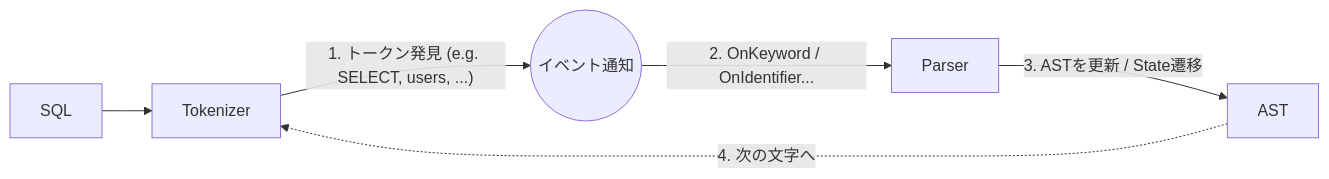
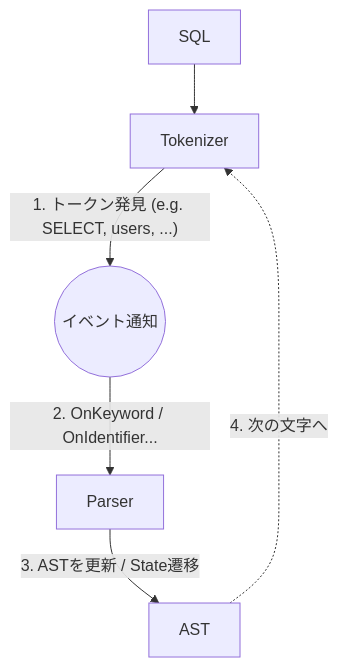
The first of 2 diagrams in docs/architecture/parser/parser.md (ren-yamanashi/minesql), drawn with Mermaid before and after one commit. The commit also changed other lines of this file and 45 other files, not shown here.

````diff
--- a/docs/architecture/parser/parser.md
+++ b/docs/architecture/parser/parser.md
@@ -12,15 +12,15 @@
 ```mermaid
-flowchart LR
+flowchart
     %% ノード定義
     Input[SQL]
     Tokenizer
     Parser
     AST
 
     %% フロー
     Input --> Tokenizer
     Tokenizer -- "1. トークン発見 (e.g. SELECT, users, ...)" --> Event((イベント通知))
     Event -- "2. OnKeyword / OnIdentifier..." --> Parser
     Parser -- "3. ASTを更新 / State遷移" --> AST
     AST -.->|"4. 次の文字へ"| Tokenizer
 ```
````
